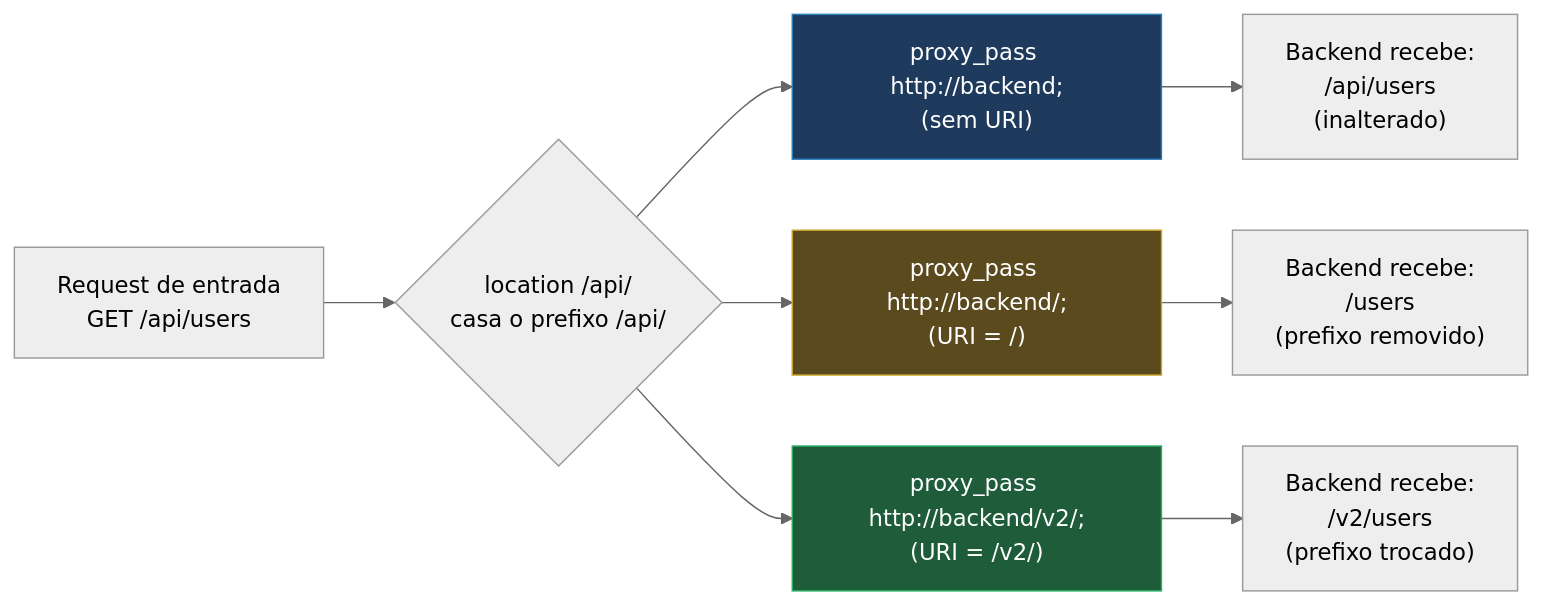
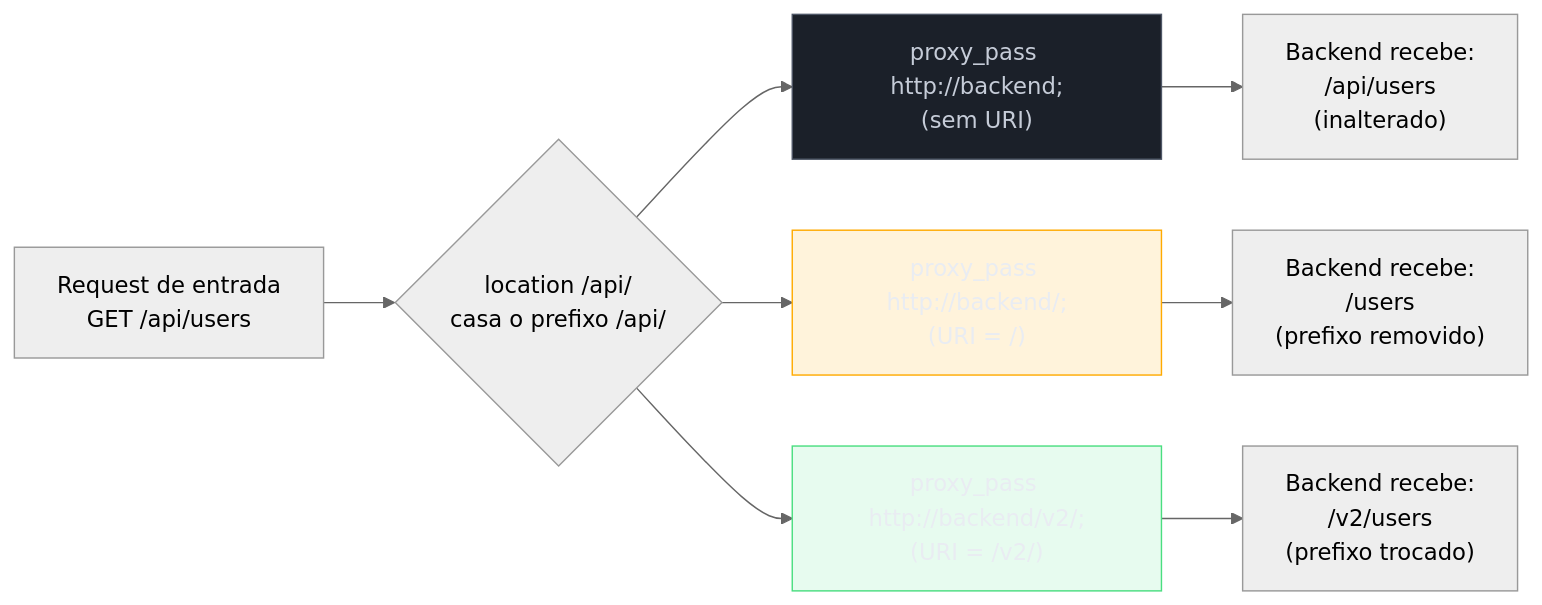
The first of 2 diagrams in 03-Dominios/Tecnologia/Infraestrutura/Nginx/07 - Proxy reverso.md (josenaldo/codex-technomanticus), drawn with Mermaid (neutral theme) before and after one commit. The commit also changed other lines of this file and 1181 other files, not shown here.

First line of the commit message:
fix(diagramas): paleta do sistema no lugar de cor cravada no markdown

````diff
--- a/03-Dominios/Tecnologia/Infraestrutura/Nginx/07 - Proxy reverso.md
+++ b/03-Dominios/Tecnologia/Infraestrutura/Nginx/07 - Proxy reverso.md
@@ -46,15 +46,18 @@
 ```mermaid
 graph LR
+    classDef neutro fill:#1B2029,stroke:#4E5666,color:#C6CCD8
+    classDef destaque fill:#FFAA0024,stroke:#FFAA00,color:#E9ECF2
+    classDef ok fill:#4ADE8021,stroke:#4ADE80,color:#E9ECF2
     R["Request de entrada<br/>GET /api/users"] --> L{"location /api/<br/>casa o prefixo /api/"}
     L --> SU["proxy_pass http://backend;<br/>(sem URI)"]
     L --> CU["proxy_pass http://backend/;<br/>(URI = /)"]
     L --> CU2["proxy_pass http://backend/v2/;<br/>(URI = /v2/)"]
 
     SU --> R1["Backend recebe:<br/>/api/users<br/>(inalterado)"]
     CU --> R2["Backend recebe:<br/>/users<br/>(prefixo removido)"]
     CU2 --> R3["Backend recebe:<br/>/v2/users<br/>(prefixo trocado)"]
 
-    style SU fill:#1e3a5c,stroke:#2980b9,color:#fff
-    style CU fill:#5a4a1e,stroke:#c9a227,color:#fff
-    style CU2 fill:#1e5c3a,stroke:#27ae60,color:#fff
+    class SU neutro
+    class CU destaque
+    class CU2 ok
 ```
````
